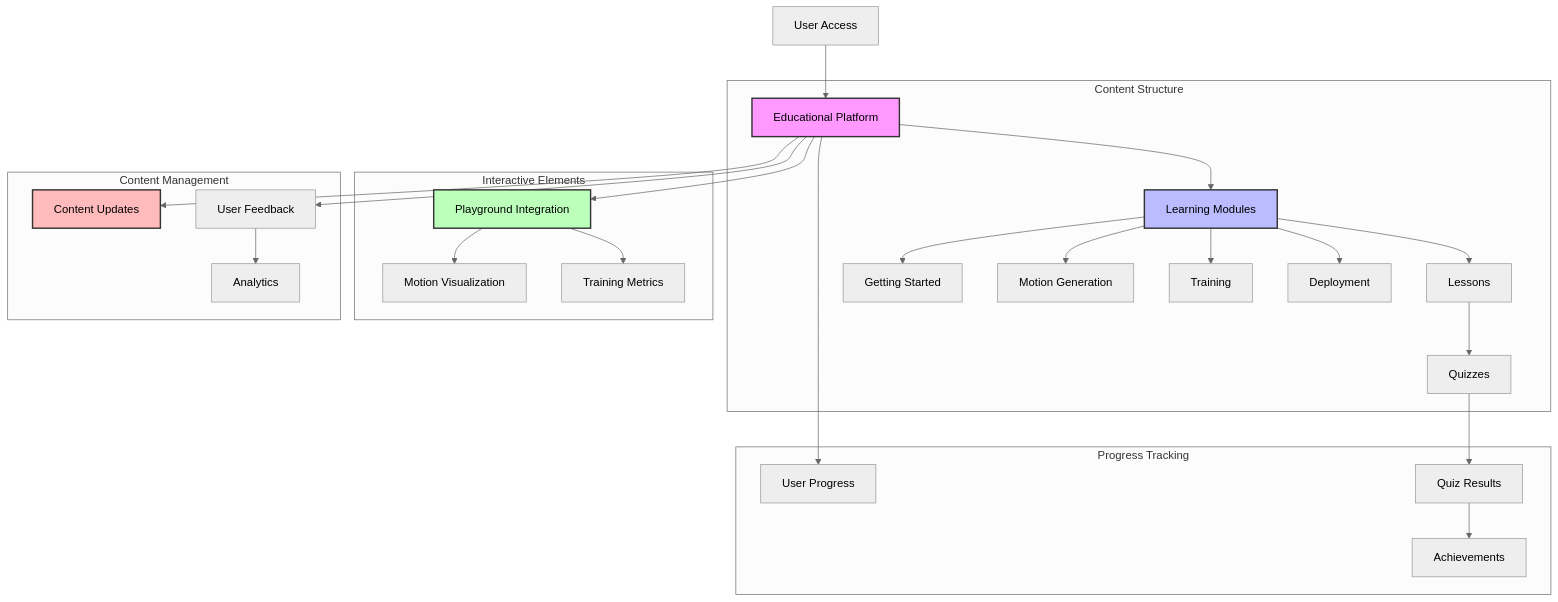
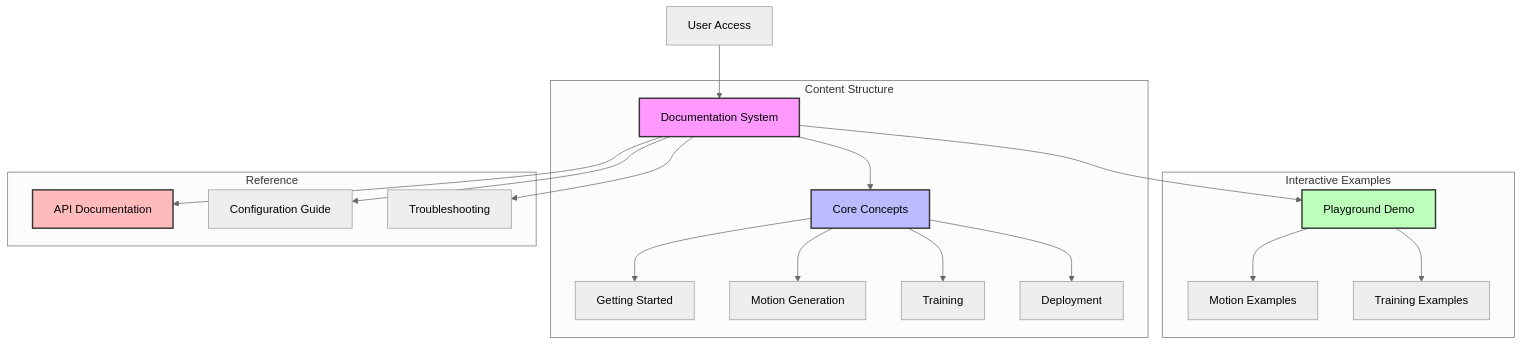
The diagram in docs/implementation/07_educational.md (Aronnaxx/Behold-Urwar-Droid-Concepts), drawn with Mermaid (neutral theme) before and after one commit. The commit also changed other lines of this file, not shown here.

Commit message:
Not really needing an edu platform

````diff
--- a/docs/implementation/07_educational.md
+++ b/docs/implementation/07_educational.md
@@ -4,50 +4,37 @@
 ```mermaid
 graph TD
-    A[User Access] --> B[Educational Platform]
+    A[User Access] --> B[Documentation System]
     
     subgraph "Content Structure"
-        B --> C[Learning Modules]
-        C --> D[Lessons]
-        D --> E[Quizzes]
-        
-        C --> F[Getting Started]
-        C --> G[Motion Generation]
-        C --> H[Training]
-        C --> I[Deployment]
+        B --> C[Core Concepts]
+        C --> D[Getting Started]
+        C --> E[Motion Generation]
+        C --> F[Training]
+        C --> G[Deployment]
     end
     
-    subgraph "Progress Tracking"
-        J[User Progress]
-        K[Quiz Results]
-        L[Achievements]
+    subgraph "Interactive Examples"
+        H[Playground Demo]
+        I[Motion Examples]
+        J[Training Examples]
         
-        B --> J
-        E --> K
-        K --> L
+        B --> H
+        H --> I
+        H --> J
     end
     
-    subgraph "Interactive Elements"
-        M[Playground Integration]
-        N[Motion Visualization]
-        O[Training Metrics]
+    subgraph "Reference"
+        K[API Documentation]
+        L[Configuration Guide]
+        M[Troubleshooting]
         
+        B --> K
+        B --> L
         B --> M
-        M --> N
-        M --> O
-    end
-    
-    subgraph "Content Management"
-        P[Content Updates]
-        Q[User Feedback]
-        R[Analytics]
-        
-        B --> P
-        B --> Q
-        Q --> R
     end
     
     style B fill:#f9f,stroke:#333,stroke-width:2px
     style C fill:#bbf,stroke:#333,stroke-width:2px
-    style M fill:#bfb,stroke:#333,stroke-width:2px
-    style P fill:#fbb,stroke:#333,stroke-width:2px
+    style H fill:#bfb,stroke:#333,stroke-width:2px
+    style K fill:#fbb,stroke:#333,stroke-width:2px
 ```
````
